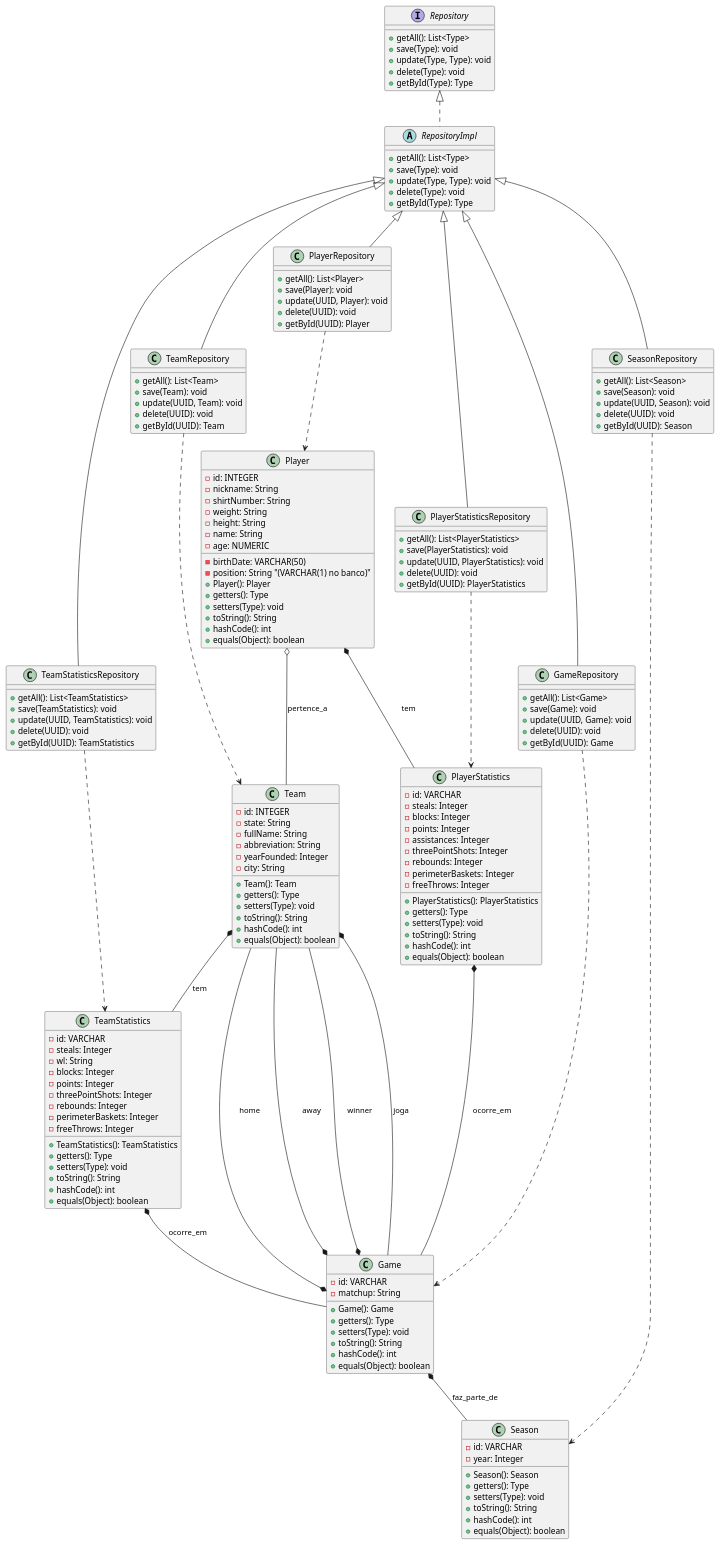
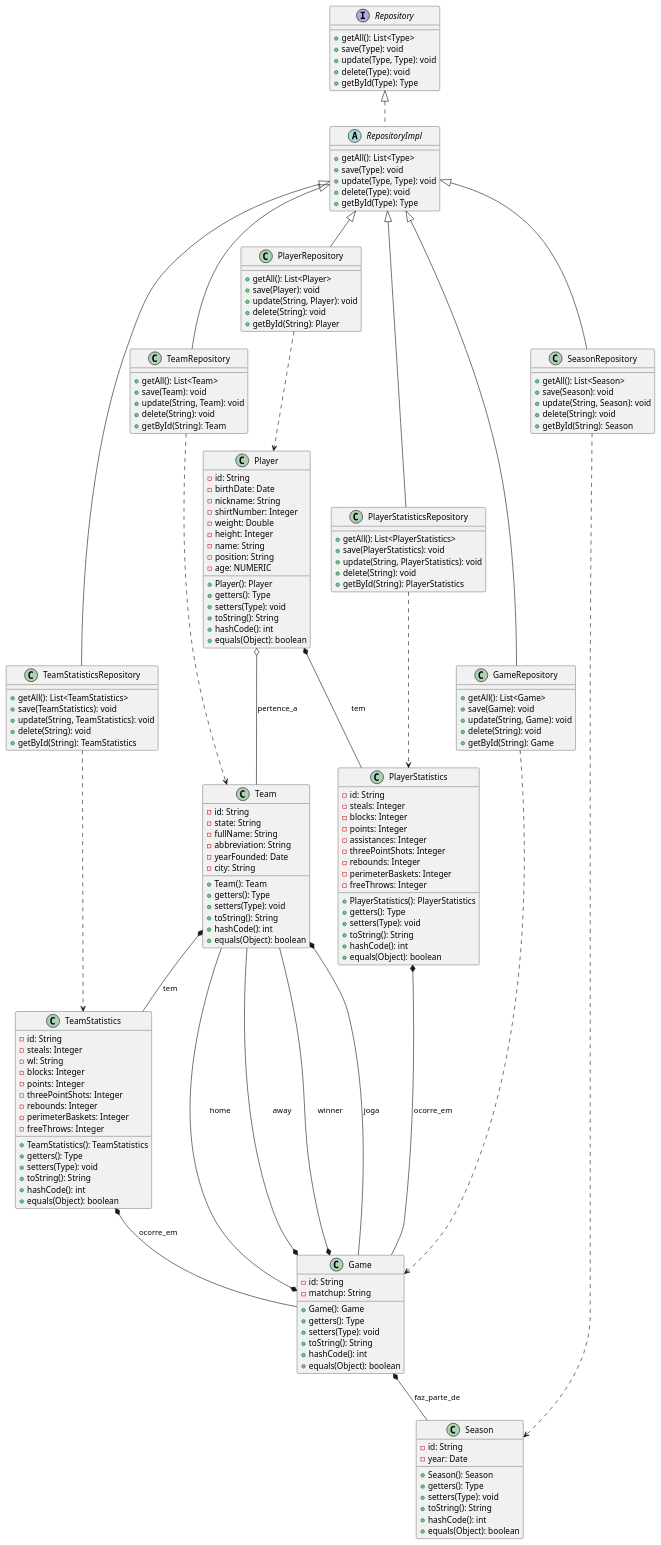
One commit to Pedro-H-Gregorio/NBA_api changed the diagram in aps/diagrams/classe/model.puml. Above: the diagram before and after it, drawn with PlantUML.

Commit message:
corrigindo o diagrama de classe

```diff
--- a/aps/diagrams/classe/model.puml
+++ b/aps/diagrams/classe/model.puml
@@ -1,188 +1,188 @@
 @startuml
 class Player {
-    - id: INTEGER
-    - birthDate: VARCHAR(50)
+    - id: String
+    - birthDate: Date
     - nickname: String
-    - shirtNumber: String
-    - weight: String
-    - height: String
+    - shirtNumber: Integer
+    - weight: Double
+    - height: Integer
     - name: String
-    - position: String "(VARCHAR(1) no banco)"
+    - position: String
     - age: NUMERIC
 
     + Player(): Player
     + getters(): Type
     + setters(Type): void
     + toString(): String
     + hashCode(): int
     + equals(Object): boolean
 }
 
 class Team {
-    - id: INTEGER
+    - id: String
     - state: String
     - fullName: String
     - abbreviation: String
-    - yearFounded: Integer
+    - yearFounded: Date
     - city: String
 
     + Team(): Team
     + getters(): Type
     + setters(Type): void
     + toString(): String
     + hashCode(): int
     + equals(Object): boolean
 }
 
 class Game {
-    - id: VARCHAR
+    - id: String
     - matchup: String
 
     + Game(): Game
     + getters(): Type
     + setters(Type): void
     + toString(): String
     + hashCode(): int
     + equals(Object): boolean
 }
 
 class Season {
-    - id: VARCHAR
-    - year: Integer
+    - id: String
+    - year: Date
 
     + Season(): Season
     + getters(): Type
     + setters(Type): void
     + toString(): String
     + hashCode(): int
     + equals(Object): boolean
 }
 
 class PlayerStatistics {
-    - id: VARCHAR
+    - id: String
     - steals: Integer
     - blocks: Integer
     - points: Integer
     - assistances: Integer
     - threePointShots: Integer
     - rebounds: Integer
     - perimeterBaskets: Integer
     - freeThrows: Integer
 
     + PlayerStatistics(): PlayerStatistics
     + getters(): Type
     + setters(Type): void
     + toString(): String
     + hashCode(): int
     + equals(Object): boolean
 }
 
 class TeamStatistics {
-    - id: VARCHAR
+    - id: String
     - steals: Integer
     - wl: String
     - blocks: Integer
     - points: Integer
     - threePointShots: Integer
     - rebounds: Integer
     - perimeterBaskets: Integer
     - freeThrows: Integer
 
     + TeamStatistics(): TeamStatistics
     + getters(): Type
     + setters(Type): void
     + toString(): String
     + hashCode(): int
     + equals(Object): boolean
 }
 
 interface Repository {
     + getAll(): List<Type>
     + save(Type): void
     + update(Type, Type): void
     + delete(Type): void
     + getById(Type): Type
 }
 
 abstract RepositoryImpl {
     + getAll(): List<Type>
     + save(Type): void
     + update(Type, Type): void
     + delete(Type): void
     + getById(Type): Type
 }
 
 class PlayerRepository {
     + getAll(): List<Player>
     + save(Player): void
-    + update(UUID, Player): void
-    + delete(UUID): void
-    + getById(UUID): Player
+    + update(String, Player): void
+    + delete(String): void
+    + getById(String): Player
 }
 
 class TeamRepository {
     + getAll(): List<Team>
     + save(Team): void
-    + update(UUID, Team): void
-    + delete(UUID): void
-    + getById(UUID): Team
+    + update(String, Team): void
+    + delete(String): void
+    + getById(String): Team
 }
 
 class GameRepository {
     + getAll(): List<Game>
     + save(Game): void
-    + update(UUID, Game): void
-    + delete(UUID): void
-    + getById(UUID): Game
+    + update(String, Game): void
+    + delete(String): void
+    + getById(String): Game
 }
 
 class SeasonRepository {
     + getAll(): List<Season>
     + save(Season): void
-    + update(UUID, Season): void
-    + delete(UUID): void
-    + getById(UUID): Season
+    + update(String, Season): void
+    + delete(String): void
+    + getById(String): Season
 }
 
 class PlayerStatisticsRepository {
     + getAll(): List<PlayerStatistics>
     + save(PlayerStatistics): void
-    + update(UUID, PlayerStatistics): void
-    + delete(UUID): void
-    + getById(UUID): PlayerStatistics
+    + update(String, PlayerStatistics): void
+    + delete(String): void
+    + getById(String): PlayerStatistics
 }
 
 class TeamStatisticsRepository {
     + getAll(): List<TeamStatistics>
     + save(TeamStatistics): void
-    + update(UUID, TeamStatistics): void
-    + delete(UUID): void
-    + getById(UUID): TeamStatistics
+    + update(String, TeamStatistics): void
+    + delete(String): void
+    + getById(String): TeamStatistics
 }
 
 Repository <|.. RepositoryImpl
 RepositoryImpl <|-- PlayerRepository
 RepositoryImpl <|-- TeamRepository
 RepositoryImpl <|-- GameRepository
 RepositoryImpl <|-- SeasonRepository
 RepositoryImpl <|-- PlayerStatisticsRepository
 RepositoryImpl <|-- TeamStatisticsRepository
 
 PlayerRepository ..> Player
 TeamRepository ..> Team
 GameRepository ..> Game
 SeasonRepository ..> Season
 PlayerStatisticsRepository ..> PlayerStatistics
 TeamStatisticsRepository ..> TeamStatistics
 
 Player o-- Team : pertence_a
 Team *-- TeamStatistics : tem
 Team *-- Game : joga
 Player *-- PlayerStatistics : tem
 PlayerStatistics *-- Game : ocorre_em
 TeamStatistics *-- Game : ocorre_em
 Game *-- Team : home
 Game *-- Team : away
 Game *-- Team : winner
 Game *-- Season : faz_parte_de
 @enduml
```
